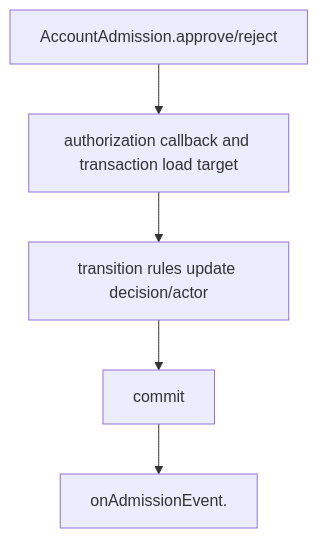
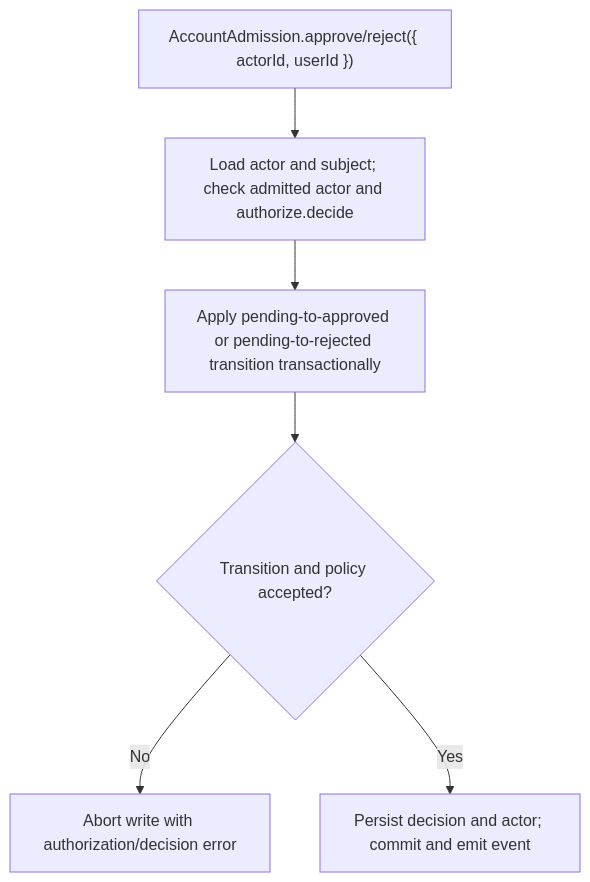
The second of 2 diagrams in user-stories/US-ACCOUNT-26-decide-admission.md (Kevinjohn/oss-adonisjs-account-kit), drawn with Mermaid before and after one commit. The commit also changed other lines of this file and 29 other files, not shown here.

````diff
--- a/user-stories/US-ACCOUNT-26-decide-admission.md
+++ b/user-stories/US-ACCOUNT-26-decide-admission.md
@@ -35,12 +31,8 @@
 ```mermaid
 flowchart TD
-    C0["AccountAdmission.approve/reject"]
-    C1["authorization callback and transaction load target"]
-    C0 --> C1
-    C2["transition rules update decision/actor"]
-    C1 --> C2
-    C3["commit"]
-    C2 --> C3
-    C4["onAdmissionEvent."]
-    C3 --> C4
+ A["AccountAdmission.approve/reject({ actorId, userId })"] --> B["Load actor and subject; check admitted actor and authorize.decide"]
+ B --> C["Apply pending-to-approved or pending-to-rejected transition transactionally"]
+ C --> D{"Transition and policy accepted?"}
+ D -->|No| E["Abort write with authorization/decision error"]
+ D -->|Yes| F["Persist decision and actor; commit and emit event"]
 ```
````
